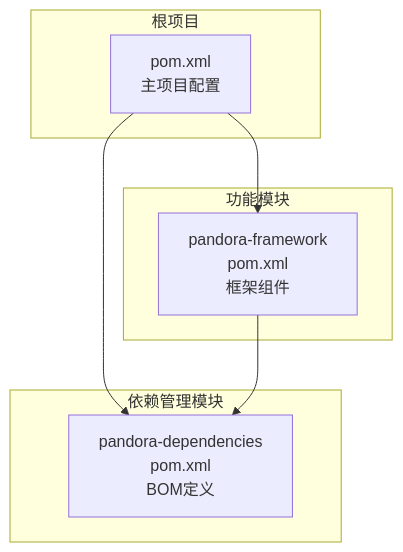
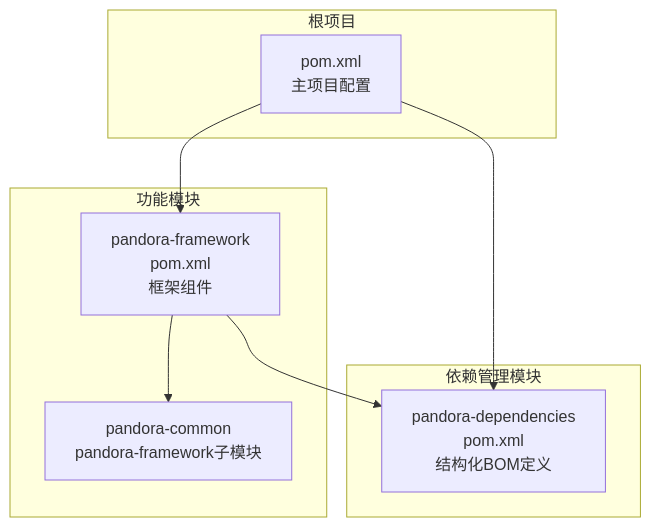
One commit to guanglei93/pandora-cloud changed the first of 8 diagrams in .qoder/repowiki/zh/content/架构设计/依赖管理架构.md. Above: the diagram before and after it, drawn with Mermaid. The commit also changed other lines of this file and 5 other files, not shown here.

Commit message:
docs: 更新架构设计文档、核心组件文档，新增 pandora-common 模块说明

````diff
--- a/.qoder/repowiki/zh/content/架构设计/依赖管理架构.md
+++ b/.qoder/repowiki/zh/content/架构设计/依赖管理架构.md
@@ -33,15 +40,17 @@
 ```mermaid
 graph TB
 subgraph "根项目"
 Root[pom.xml<br/>主项目配置]
 end
 subgraph "依赖管理模块"
-Dep[pandora-dependencies<br/>pom.xml<br/>BOM定义]
+Dep[pandora-dependencies<br/>pom.xml<br/>结构化BOM定义]
 end
 subgraph "功能模块"
 Framework[pandora-framework<br/>pom.xml<br/>框架组件]
+Common[pandora-common<br/>pandora-framework子模块]
 end
 Root --> Dep
 Root --> Framework
+Framework --> Common
 Framework --> Dep
 ```
````
